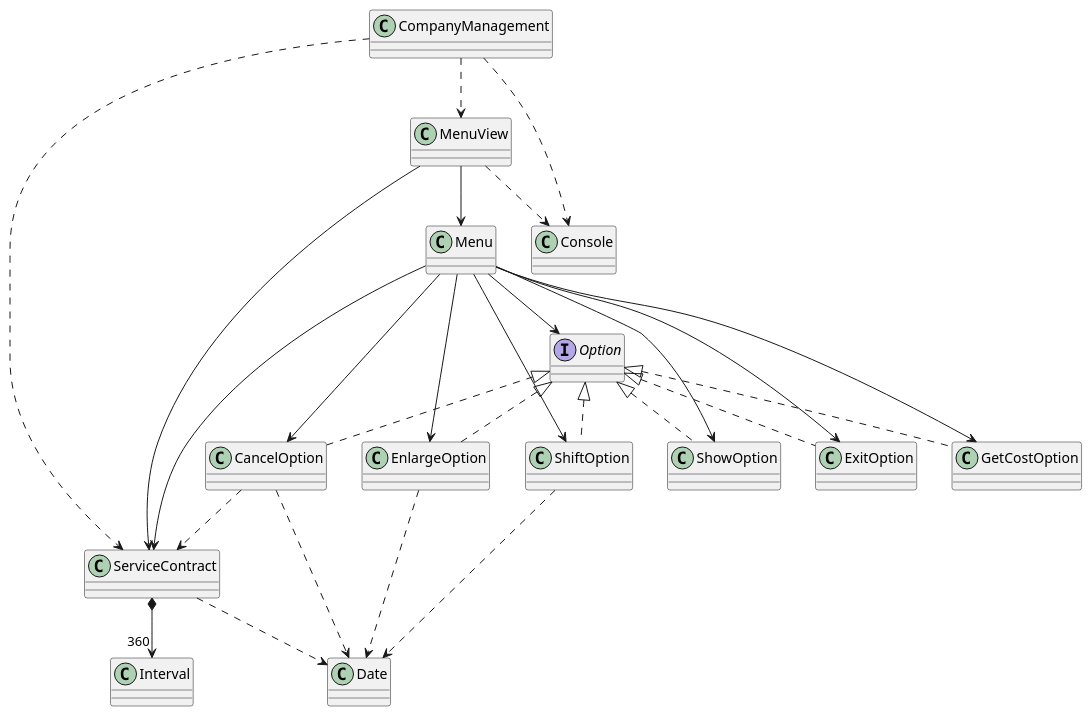
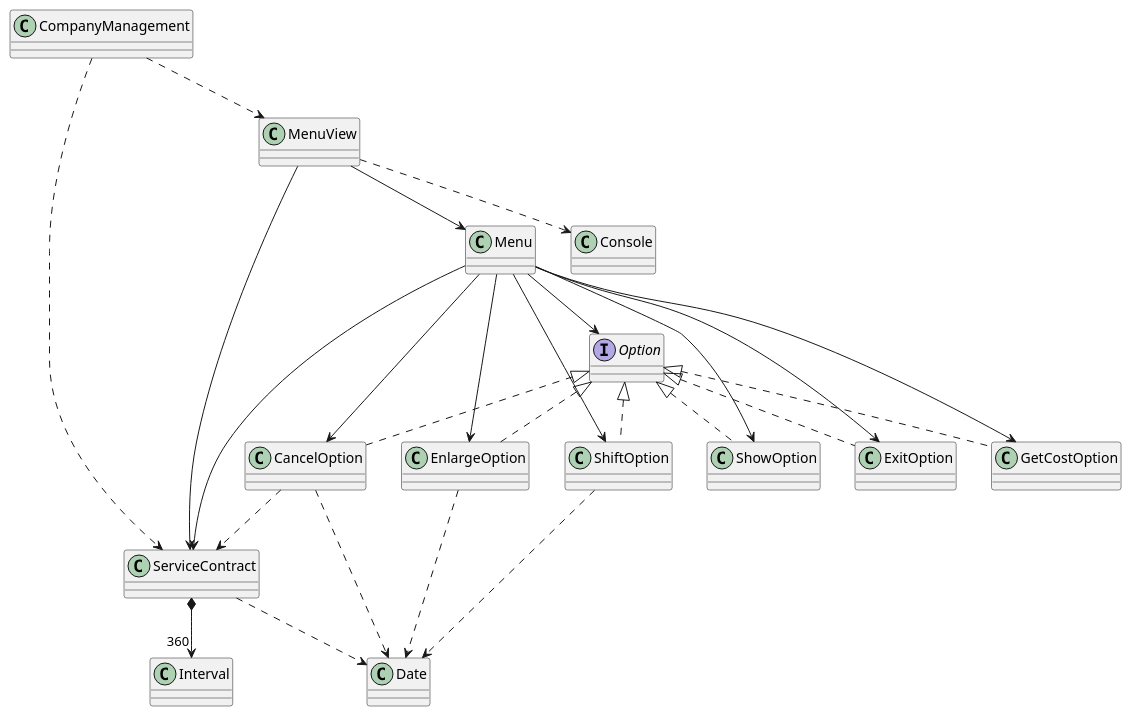
The diagram in tech-java-basadoObjetos/src/es/usantatecla/companyManagement/UML/ModeloClases.puml (USantaTecla-ed-mpds/lab-turing), drawn with PlantUML before and after one commit. The commit also changed 1 other file, not shown here.

Commit message:
refactor UML

```diff
--- a/tech-java-basadoObjetos/src/es/usantatecla/companyManagement/UML/ModeloClases.puml
+++ b/tech-java-basadoObjetos/src/es/usantatecla/companyManagement/UML/ModeloClases.puml
@@ -1,54 +1,53 @@
 @startuml
 class CompanyManagement
 class ServiceContract
 class MenuView
 class Menu
 class CancelOption
 class ShowOption
 class ExitOption
 class EnlargeOption
 class ShiftOption
 class GetCostOption
 
 class Date
 class Console
 class Interval
 
 interface Option
 
 
 CompanyManagement ..> ServiceContract
 CompanyManagement ..> MenuView
-CompanyManagement ..> Console
 
 ServiceContract ..> Date
 ServiceContract *--> "360" Interval
 
 MenuView --> ServiceContract
 MenuView --> Menu
 MenuView ..> Console
 
 CancelOption ..> Date
 CancelOption ..> ServiceContract
 
 EnlargeOption ..> Date
 ShiftOption ..> Date
 
 Menu --> ServiceContract
 Menu --> Option
 Menu --> CancelOption
 Menu --> EnlargeOption
 Menu --> ExitOption
 Menu --> GetCostOption
 Menu --> ShiftOption
 Menu --> ShowOption
 
 Option <|.. CancelOption
 Option <|.. EnlargeOption
 Option <|.. ExitOption
 Option <|.. GetCostOption
 Option <|.. ShiftOption
 Option <|.. ShowOption
 
 
 @enduml
```
